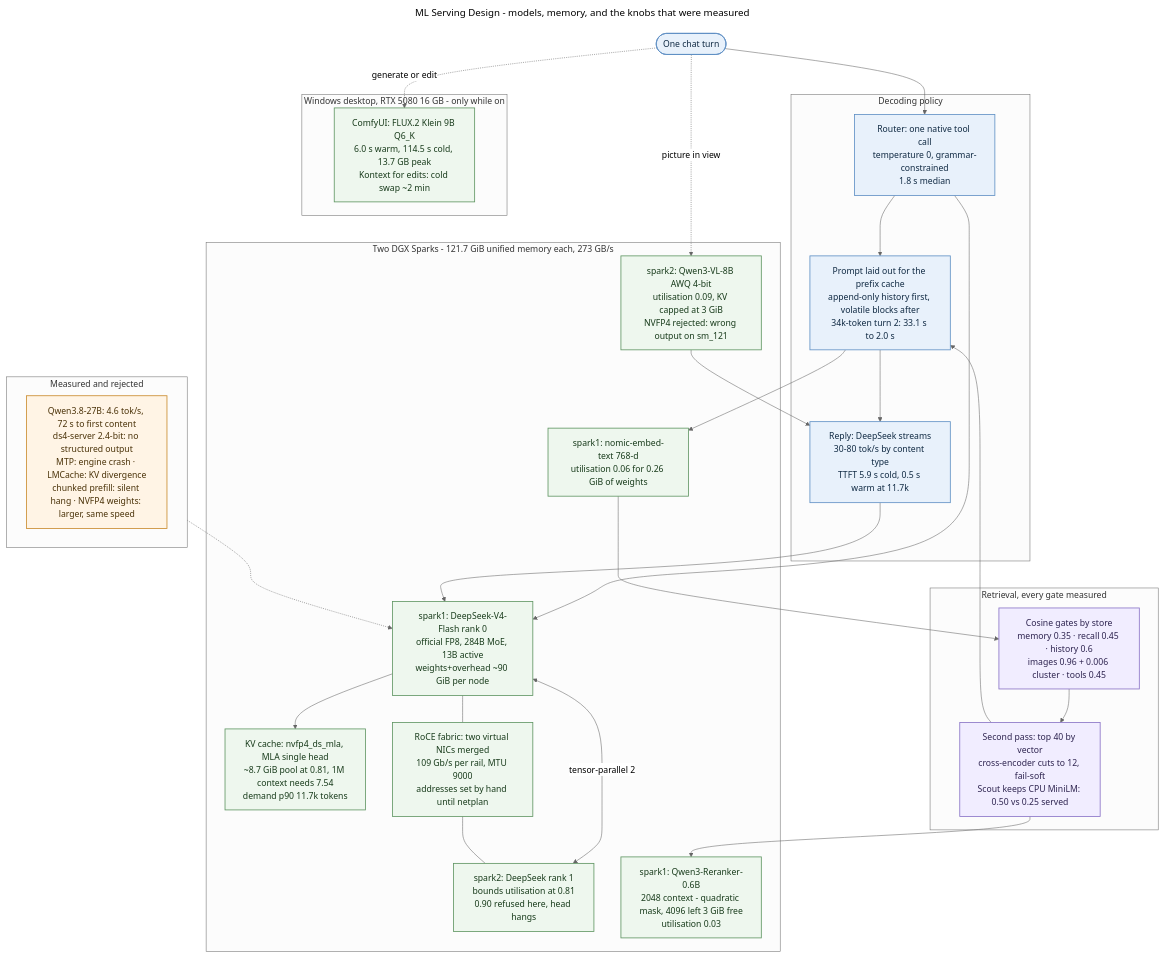
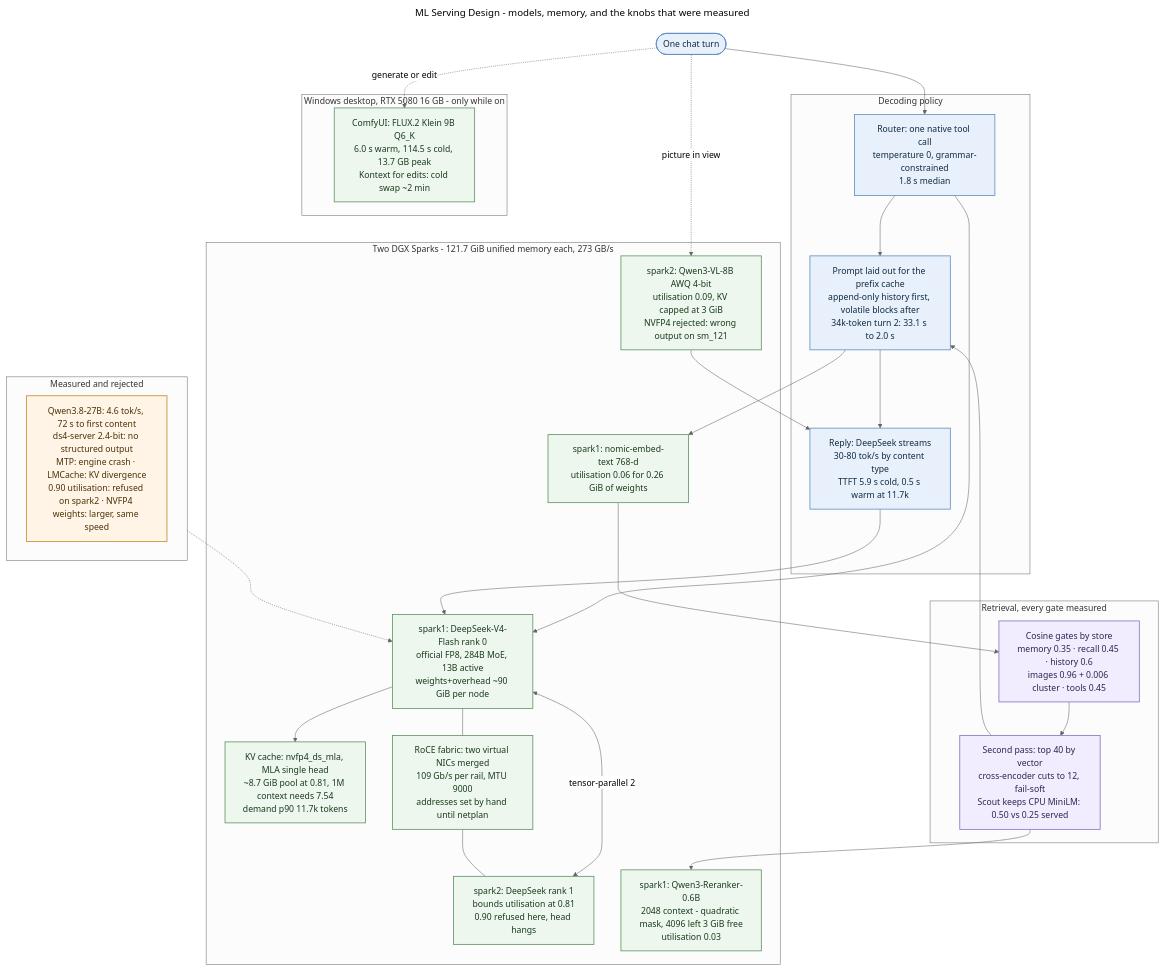
Before and after one commit to MallyaAni/PersonalAssistant: the diagram in docs/diagrams/ml-serving-design.mmd, drawn with Mermaid (neutral theme). The commit also changed 26 other files, not shown here.

```diff
--- a/docs/diagrams/ml-serving-design.mmd
+++ b/docs/diagrams/ml-serving-design.mmd
@@ -1,55 +1,55 @@
 ---
 title: ML Serving Design - models, memory, and the knobs that were measured
 ---
 flowchart TB
     Turn([One chat turn])
 
     subgraph Decode[Decoding policy]
         Route[Router: one native tool call<br/>temperature 0, grammar-constrained<br/>1.8 s median]
         Prompt[Prompt laid out for the prefix cache<br/>append-only history first, volatile blocks after<br/>34k-token turn 2: 33.1 s to 2.0 s]
         Reply[Reply: DeepSeek streams<br/>30-80 tok/s by content type<br/>TTFT 5.9 s cold, 0.5 s warm at 11.7k]
     end
 
     subgraph Sparks[Two DGX Sparks - 121.7 GiB unified memory each, 273 GB/s]
         Head[spark1: DeepSeek-V4-Flash rank 0<br/>official FP8, 284B MoE, 13B active<br/>weights+overhead ~90 GiB per node]
         Rank1[spark2: DeepSeek rank 1<br/>bounds utilisation at 0.81<br/>0.90 refused here, head hangs]
         KV[KV cache: nvfp4_ds_mla, MLA single head<br/>~8.7 GiB pool at 0.81, 1M context needs 7.54<br/>demand p90 11.7k tokens]
         Fabric[RoCE fabric: two virtual NICs merged<br/>109 Gb/s per rail, MTU 9000<br/>addresses set by hand until netplan]
         VLM[spark2: Qwen3-VL-8B AWQ 4-bit<br/>utilisation 0.09, KV capped at 3 GiB<br/>NVFP4 rejected: wrong output on sm_121]
         Embed[spark1: nomic-embed-text 768-d<br/>utilisation 0.06 for 0.26 GiB of weights]
         Rerank[spark1: Qwen3-Reranker-0.6B<br/>2048 context - quadratic mask, 4096 left 3 GiB free<br/>utilisation 0.03]
         Head <-->|tensor-parallel 2| Rank1
         Head --- Fabric --- Rank1
     end
 
     subgraph Retrieval[Retrieval, every gate measured]
         Gates[Cosine gates by store<br/>memory 0.35 · recall 0.45 · history 0.6<br/>images 0.96 + 0.006 cluster · tools 0.45]
         Second[Second pass: top 40 by vector<br/>cross-encoder cuts to 12, fail-soft<br/>Scout keeps CPU MiniLM: 0.50 vs 0.25 served]
     end
 
     subgraph Desktop[Windows desktop, RTX 5080 16 GB - only while on]
         Flux[ComfyUI: FLUX.2 Klein 9B Q6_K<br/>6.0 s warm, 114.5 s cold, 13.7 GB peak<br/>Kontext for edits: cold swap ~2 min]
     end
 
     subgraph Rejected[Measured and rejected]
-        No[Qwen3.8-27B: 4.6 tok/s, 72 s to first content<br/>ds4-server 2.4-bit: no structured output<br/>MTP: engine crash · LMCache: KV divergence<br/>chunked prefill: silent hang · NVFP4 weights: larger, same speed]
+        No[Qwen3.8-27B: 4.6 tok/s, 72 s to first content<br/>ds4-server 2.4-bit: no structured output<br/>MTP: engine crash · LMCache: KV divergence<br/>0.90 utilisation: refused on spark2 · NVFP4 weights: larger, same speed]
     end
 
     Turn --> Route --> Prompt --> Reply
     Route --> Head
     Reply --> Head
     Head --> KV
     Prompt --> Embed --> Gates --> Second --> Prompt
     Second --> Rerank
     Turn -.->|picture in view| VLM --> Reply
     Turn -.->|generate or edit| Flux
     Rejected -.-> Head
 
     classDef step fill:#e8f1fb,stroke:#5e8fc4,color:#102a43,stroke-width:1.5px;
     classDef infra fill:#eef7ee,stroke:#5f9562,color:#183b1b,stroke-width:1.5px;
     classDef note fill:#f1edff,stroke:#8872c6,color:#2e2450,stroke-width:1.5px;
     classDef warn fill:#fff4e5,stroke:#c98a2b,color:#4a3208,stroke-width:1.5px;
     class Turn,Route,Prompt,Reply step;
     class Head,Rank1,KV,Fabric,VLM,Embed,Rerank,Flux infra;
     class Gates,Second note;
     class No warn;
```
